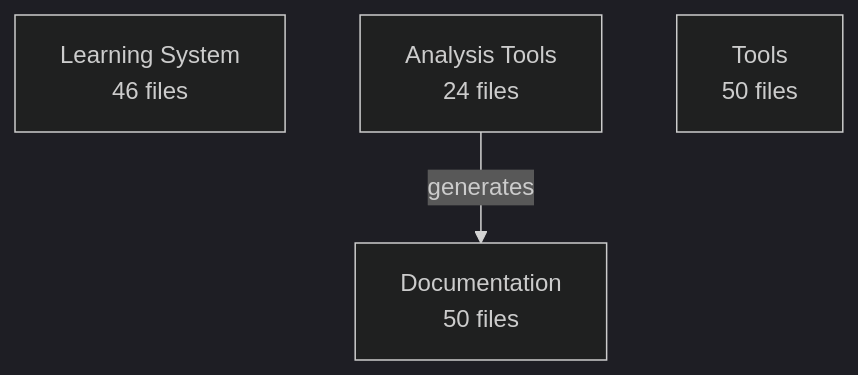
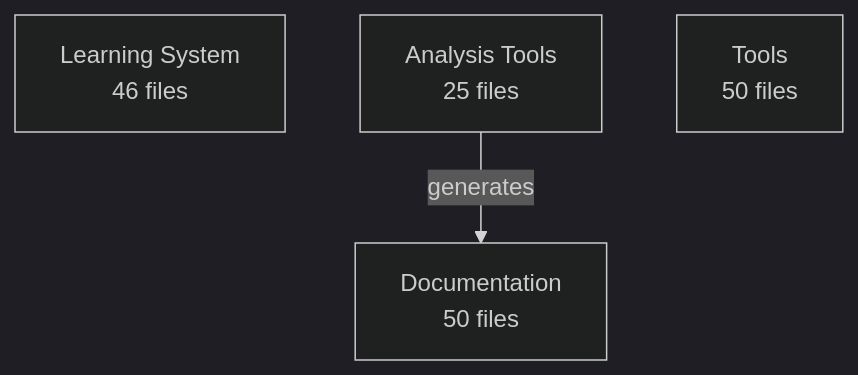
The diagram in docs/data/architecture/architecture.mmd (enufacas/Chained), drawn with Mermaid (dark theme) before and after one commit. The commit also changed 6 other files, not shown here.

First line of the commit message:
🏗️ Update architecture evolution tracking

```diff
--- a/docs/data/architecture/architecture.mmd
+++ b/docs/data/architecture/architecture.mmd
@@ -1,6 +1,6 @@
 graph TD
     learning_system[Learning System<br/>46 files]
-    analysis_tools[Analysis Tools<br/>24 files]
+    analysis_tools[Analysis Tools<br/>25 files]
     documentation[Documentation<br/>50 files]
     tools[Tools<br/>50 files]
     analysis_tools -->|generates| documentation
```
